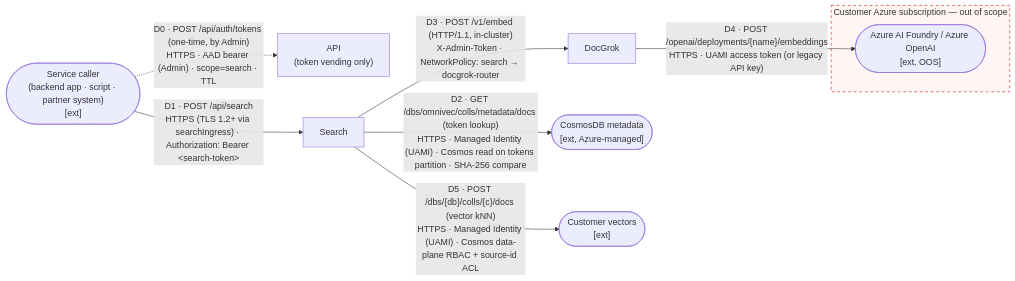
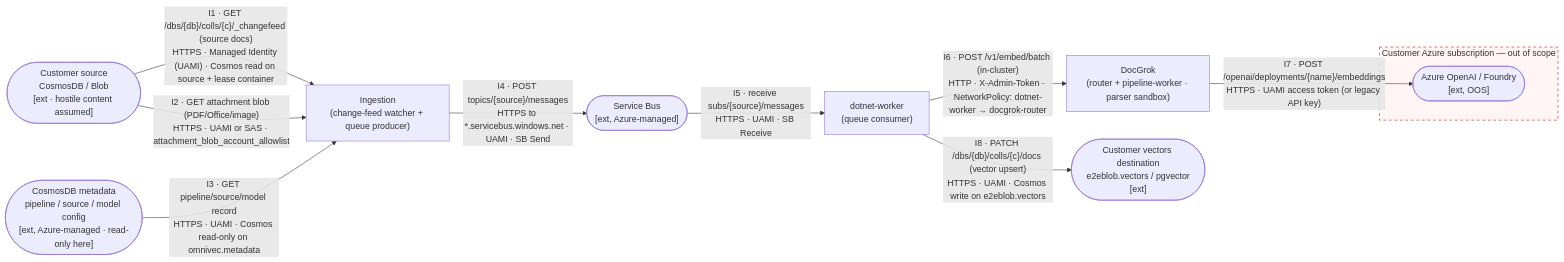
Before and after one commit to AzureCosmosDB/OmniVec: the fourth of 5 diagrams in docs/security/threat-model.md, drawn with Mermaid. The commit also changed other lines of this file, not shown here.

First line of the commit message:
threat-model: split §3 into 4 diagrams (overall · control plane · search · ingestion)

````diff
--- a/docs/security/threat-model.md
+++ b/docs/security/threat-model.md
@@ -239,23 +230,25 @@
 ```mermaid
 flowchart LR
-  app(["Service caller<br/>(backend app · script · partner system)<br/>[ext]"])
-
-  api["API<br/>(token vending only)"]
-  search["Search"]
-  docgrok["DocGrok"]
-  cmeta(["CosmosDB metadata<br/>[ext, Azure-managed]"])
-  cvec(["Customer vectors<br/>[ext]"])
+  csrc(["Customer source<br/>CosmosDB / Blob<br/>[ext · hostile content assumed]"])
+  cmeta(["CosmosDB metadata<br/>pipeline / source / model config<br/>[ext, Azure-managed · read-only here]"])
+  ingest["Ingestion<br/>(change-feed watcher + queue producer)"]
+  sb(["Service Bus<br/>[ext, Azure-managed]"])
+  worker["dotnet-worker<br/>(queue consumer)"]
+  docgrok["DocGrok<br/>(router + pipeline-worker · parser sandbox)"]
+  cvec(["Customer vectors destination<br/>e2eblob.vectors / pgvector<br/>[ext]"])
 
   subgraph custsub["Customer Azure subscription — out of scope"]
-    foundry(["Azure AI Foundry / Azure OpenAI<br/>[ext, OOS]"])
+    foundry(["Azure OpenAI / Foundry<br/>[ext, OOS]"])
   end
 
-  app -.->|"D0 · POST /api/auth/tokens (one-time, by Admin)<br/>HTTPS · AAD bearer (Admin) · scope=search · TTL"| api
-  app -->|"D1 · POST /api/search<br/>HTTPS (TLS 1.2+ via searchIngress) · Authorization: Bearer &lt;search-token&gt;"| search
-  search -->|"D2 · GET /dbs/omnivec/colls/metadata/docs (token lookup)<br/>HTTPS · Managed Identity (UAMI) · Cosmos read on tokens partition · SHA-256 compare"| cmeta
-  search -->|"D3 · POST /v1/embed (HTTP/1.1, in-cluster)<br/>X-Admin-Token · NetworkPolicy: search → docgrok-router"| docgrok
-  docgrok -->|"D4 · POST /openai/deployments/{name}/embeddings<br/>HTTPS · UAMI access token (or legacy API key)"| foundry
-  search -->|"D5 · POST /dbs/{db}/colls/{c}/docs (vector kNN)<br/>HTTPS · Managed Identity (UAMI) · Cosmos data-plane RBAC + source-id ACL"| cvec
+  csrc -->|"I1 · GET /dbs/{db}/colls/{c}/_changefeed (source docs)<br/>HTTPS · Managed Identity (UAMI) · Cosmos read on source + lease container"| ingest
+  csrc -->|"I2 · GET attachment blob (PDF/Office/image)<br/>HTTPS · UAMI or SAS · attachment_blob_account_allowlist"| ingest
+  cmeta -->|"I3 · GET pipeline/source/model record<br/>HTTPS · UAMI · Cosmos read-only on omnivec.metadata"| ingest
+  ingest -->|"I4 · POST topics/{source}/messages<br/>HTTPS to *.servicebus.windows.net · UAMI · SB Send"| sb
+  sb -->|"I5 · receive subs/{source}/messages<br/>HTTPS · UAMI · SB Receive"| worker
+  worker -->|"I6 · POST /v1/embed/batch (in-cluster)<br/>HTTP · X-Admin-Token · NetworkPolicy: dotnet-worker → docgrok-router"| docgrok
+  docgrok -->|"I7 · POST /openai/deployments/{name}/embeddings<br/>HTTPS · UAMI access token (or legacy API key)"| foundry
+  worker -->|"I8 · PATCH /dbs/{db}/colls/{c}/docs (vector upsert)<br/>HTTPS · UAMI · Cosmos write on e2eblob.vectors"| cvec
 
   style custsub fill:#fff5f5,stroke:#c00,stroke-dasharray: 5 5
 ```
````
